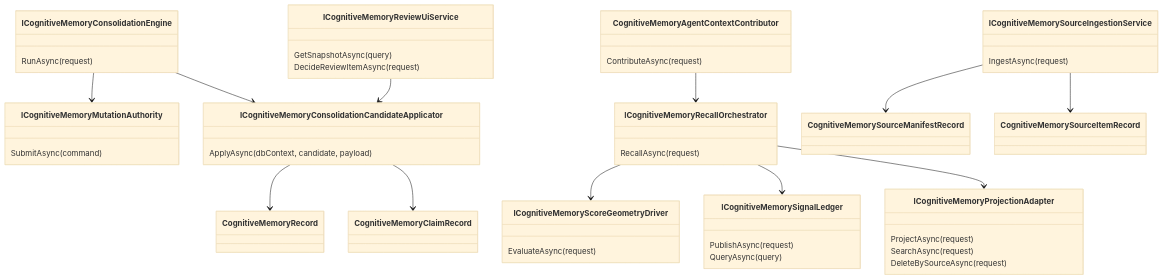
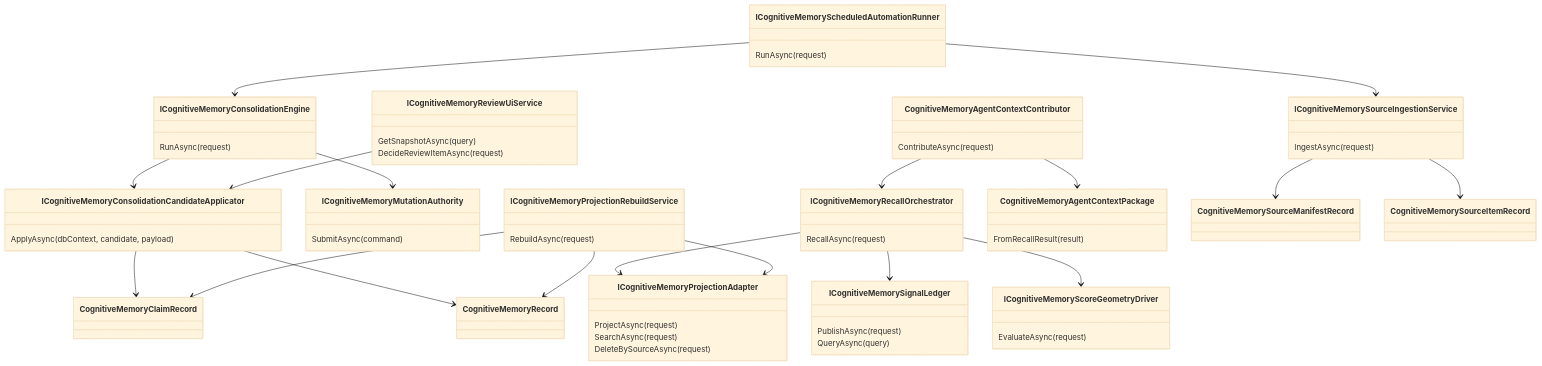
One commit to fyziktom/CanDoItAll changed the second of 2 diagrams in docs/cognitive-memory/architecture/domain-model.md. Above: the diagram before and after it, drawn with Mermaid (base theme). The commit also changed 66 other files, not shown here.

````diff
--- a/docs/cognitive-memory/architecture/domain-model.md
+++ b/docs/cognitive-memory/architecture/domain-model.md
@@ -87,58 +87,76 @@
 ```mermaid
 classDiagram
     class ICognitiveMemorySourceIngestionService {
         IngestAsync(request)
     }
 
     class ICognitiveMemoryConsolidationEngine {
         RunAsync(request)
     }
 
     class ICognitiveMemoryConsolidationCandidateApplicator {
         ApplyAsync(dbContext, candidate, payload)
     }
 
     class ICognitiveMemoryMutationAuthority {
         SubmitAsync(command)
     }
 
     class ICognitiveMemoryReviewUiService {
         GetSnapshotAsync(query)
         DecideReviewItemAsync(request)
     }
 
     class ICognitiveMemoryRecallOrchestrator {
         RecallAsync(request)
     }
 
     class ICognitiveMemoryScoreGeometryDriver {
         EvaluateAsync(request)
     }
 
     class ICognitiveMemorySignalLedger {
         PublishAsync(request)
         QueryAsync(query)
     }
 
     class ICognitiveMemoryProjectionAdapter {
         ProjectAsync(request)
         SearchAsync(request)
         DeleteBySourceAsync(request)
     }
 
+    class ICognitiveMemoryProjectionRebuildService {
+        RebuildAsync(request)
+    }
+
+    class ICognitiveMemoryScheduledAutomationRunner {
+        RunAsync(request)
+    }
+
+    class CognitiveMemoryAgentContextPackage {
+        FromRecallResult(result)
+    }
+
     class CognitiveMemoryAgentContextContributor {
         ContributeAsync(request)
     }
 
     ICognitiveMemorySourceIngestionService --> CognitiveMemorySourceManifestRecord
     ICognitiveMemorySourceIngestionService --> CognitiveMemorySourceItemRecord
     ICognitiveMemoryConsolidationEngine --> ICognitiveMemoryMutationAuthority
     ICognitiveMemoryConsolidationEngine --> ICognitiveMemoryConsolidationCandidateApplicator
     ICognitiveMemoryConsolidationCandidateApplicator --> CognitiveMemoryRecord
     ICognitiveMemoryConsolidationCandidateApplicator --> CognitiveMemoryClaimRecord
     ICognitiveMemoryReviewUiService --> ICognitiveMemoryConsolidationCandidateApplicator
     ICognitiveMemoryRecallOrchestrator --> ICognitiveMemoryScoreGeometryDriver
     ICognitiveMemoryRecallOrchestrator --> ICognitiveMemorySignalLedger
     ICognitiveMemoryRecallOrchestrator --> ICognitiveMemoryProjectionAdapter
+    ICognitiveMemoryProjectionRebuildService --> ICognitiveMemoryProjectionAdapter
+    ICognitiveMemoryProjectionRebuildService --> CognitiveMemoryRecord
+    ICognitiveMemoryProjectionRebuildService --> CognitiveMemoryClaimRecord
+    ICognitiveMemoryScheduledAutomationRunner --> ICognitiveMemorySourceIngestionService
+    ICognitiveMemoryScheduledAutomationRunner --> ICognitiveMemoryConsolidationEngine
     CognitiveMemoryAgentContextContributor --> ICognitiveMemoryRecallOrchestrator
+    CognitiveMemoryAgentContextContributor --> CognitiveMemoryAgentContextPackage
 ```
````
